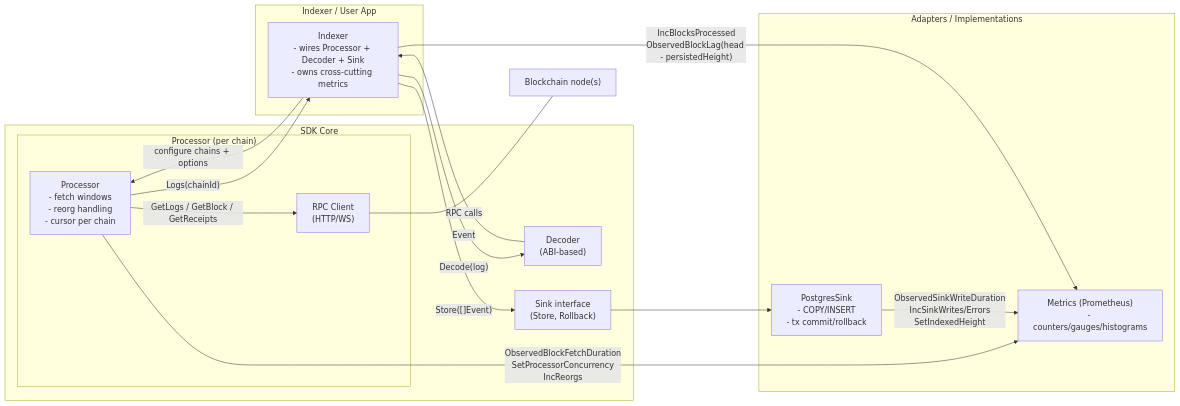
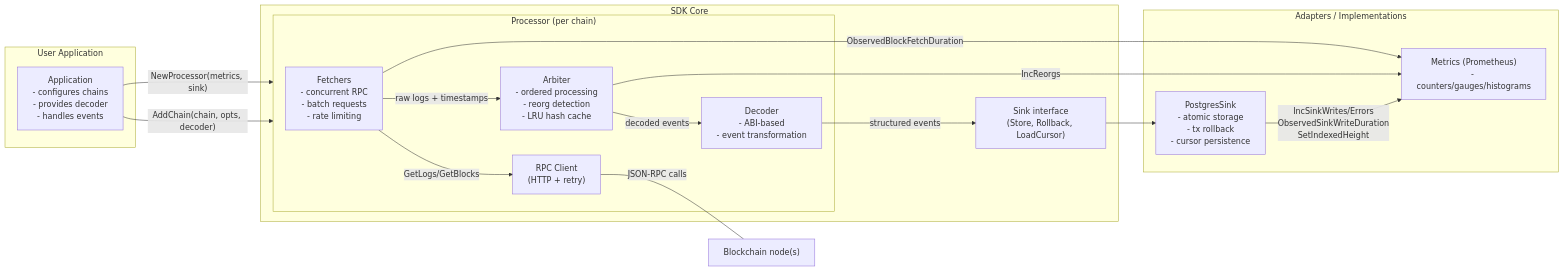
Before and after one commit to ryuux05/godex: the diagram in docs/indexer_architecture.md, drawn with Mermaid. The commit also changed 11 other files, not shown here.

````diff
--- a/docs/indexer_architecture.md
+++ b/docs/indexer_architecture.md
@@ -1,38 +1,39 @@
 ```mermaid
 flowchart LR
   subgraph SDKCore["SDK Core"]
-    subgraph ProcessorCluster["Processor (per chain)"]
-      P["Processor\n- fetch windows\n- reorg handling\n- cursor per chain"]
-      RPC["RPC Client\n(HTTP/WS)"]
-      P -->|"GetLogs / GetBlock / GetReceipts"| RPC
+    subgraph Processor["Processor (per chain)"]
+      F["Fetchers\n- concurrent RPC\n- batch requests\n- rate limiting"]
+      A["Arbiter\n- ordered processing\n- reorg detection\n- LRU hash cache"]
+      DEC["Decoder\n- ABI-based\n- event transformation"]
+      RPC["RPC Client\n(HTTP + retry)"]
+      F -->|"GetLogs/GetBlocks"| RPC
     end
 
-    D["Decoder\n(ABI-based)"]
-    SINK_IF["Sink interface\n(Store, Rollback)"]
+    SINK_IF["Sink interface\n(Store, Rollback, LoadCursor)"]
   end
 
   subgraph Adapters["Adapters / Implementations"]
-    PSINK["PostgresSink\n- COPY/INSERT\n- tx commit/rollback"]
+    PSINK["PostgresSink\n- atomic storage\n- tx rollback\n- cursor persistence"]
     METRICS["Metrics (Prometheus)\n- counters/gauges/histograms"]
   end
 
-  subgraph Orchestrator["Indexer / User App"]
-    IX["Indexer\n- wires Processor + Decoder + Sink\n- owns cross-cutting metrics"]
+  subgraph UserApp["User Application"]
+    APP["Application\n- configures chains\n- provides decoder\n- handles events"]
   end
 
-  %% Wiring
-  IX -->|"configure chains + options"| P
-  P -->|"Logs(chainId)"| IX
-  IX -->|"Decode(log)"| D
-  D -->|"Event"| IX
-  IX -->|"Store([]Event)"| SINK_IF
+  %% Data flow
+  APP -->|"NewProcessor(metrics, sink)"| Processor
+  APP -->|"AddChain(chain, opts, decoder)"| Processor
+  F -->|"raw logs + timestamps"| A
+  A -->|"decoded events"| DEC
+  DEC -->|"structured events"| SINK_IF
   SINK_IF --> PSINK
 
-  %% Metrics responsibilities
-  P -->|"ObservedBlockFetchDuration\nSetProcessorConcurrency\nIncReorgs"| METRICS
-  PSINK -->|"ObservedSinkWriteDuration\nIncSinkWrites/Errors\nSetIndexedHeight"| METRICS
-  IX -->|"IncBlocksProcessed\nObservedBlockLag(head - persistedHeight)"| METRICS
+  %% Metrics flow
+  F -->|"ObservedBlockFetchDuration"| METRICS
+  A -->|"IncReorgs"| METRICS
+  PSINK -->|"IncSinkWrites/Errors\nObservedSinkWriteDuration\nSetIndexedHeight"| METRICS
 
   %% External
-  RPC ---|"RPC calls"| CHAIN["Blockchain node(s)"]
+  RPC ---|"JSON-RPC calls"| CHAIN["Blockchain node(s)"]
 ```
````
